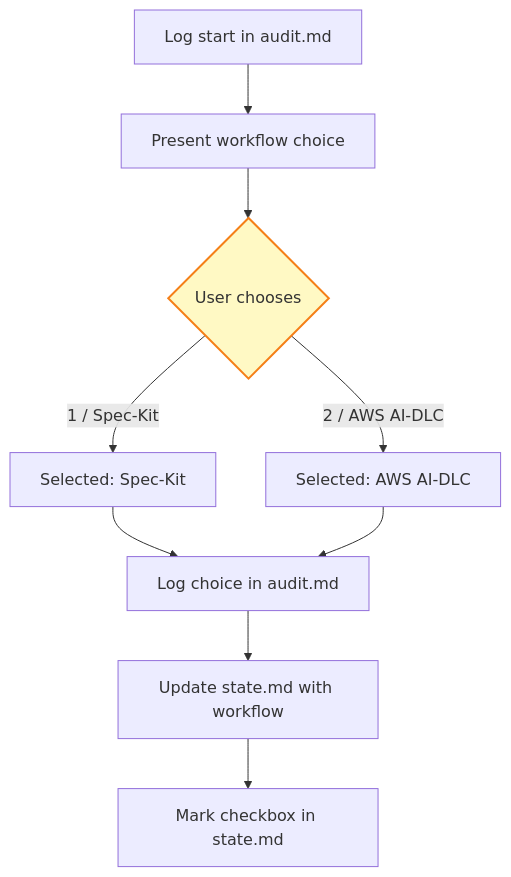
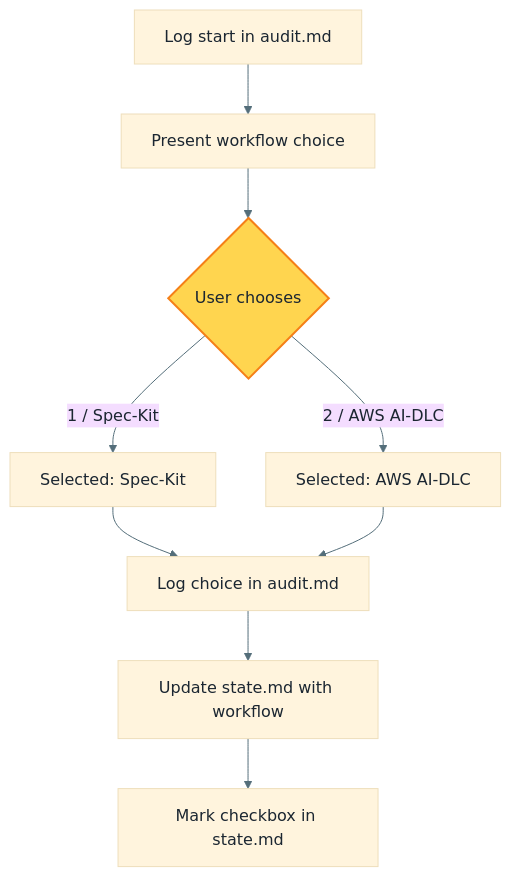
One commit to premkumarjanagarajan/fluid-flow-ai changed the eighth of 26 diagrams in docs/WORKFLOW-FULL-DETAILED.md. Above: the diagram before and after it, drawn with Mermaid. The commit also changed other lines of this file, not shown here.

First line of the commit message:
Fix mermaid diagram colors for dark/light theme compatibility

````diff
--- a/docs/WORKFLOW-FULL-DETAILED.md
+++ b/docs/WORKFLOW-FULL-DETAILED.md
@@ -378,13 +395,14 @@
 ```mermaid
+%%{init: {'theme': 'base', 'themeVariables': {'primaryTextColor': '#1B2631', 'lineColor': '#546E7A', 'textColor': '#1B2631'}}}%%
 flowchart TD
     A["Log start in audit.md"] --> B["Present workflow choice"]
     B --> C{"User chooses"}
     C -->|1 / Spec-Kit| D["Selected: Spec-Kit"]
     C -->|2 / AWS AI-DLC| E["Selected: AWS AI-DLC"]
     D --> F["Log choice in audit.md"]
     E --> F
     F --> G["Update state.md with workflow"]
     G --> H["Mark checkbox in state.md"]
 
-    style C fill:#FFF9C4,stroke:#F57F17,stroke-width:2px
+    style C fill:#FFD54F,stroke:#F57F17,stroke-width:2px
 ```
````
